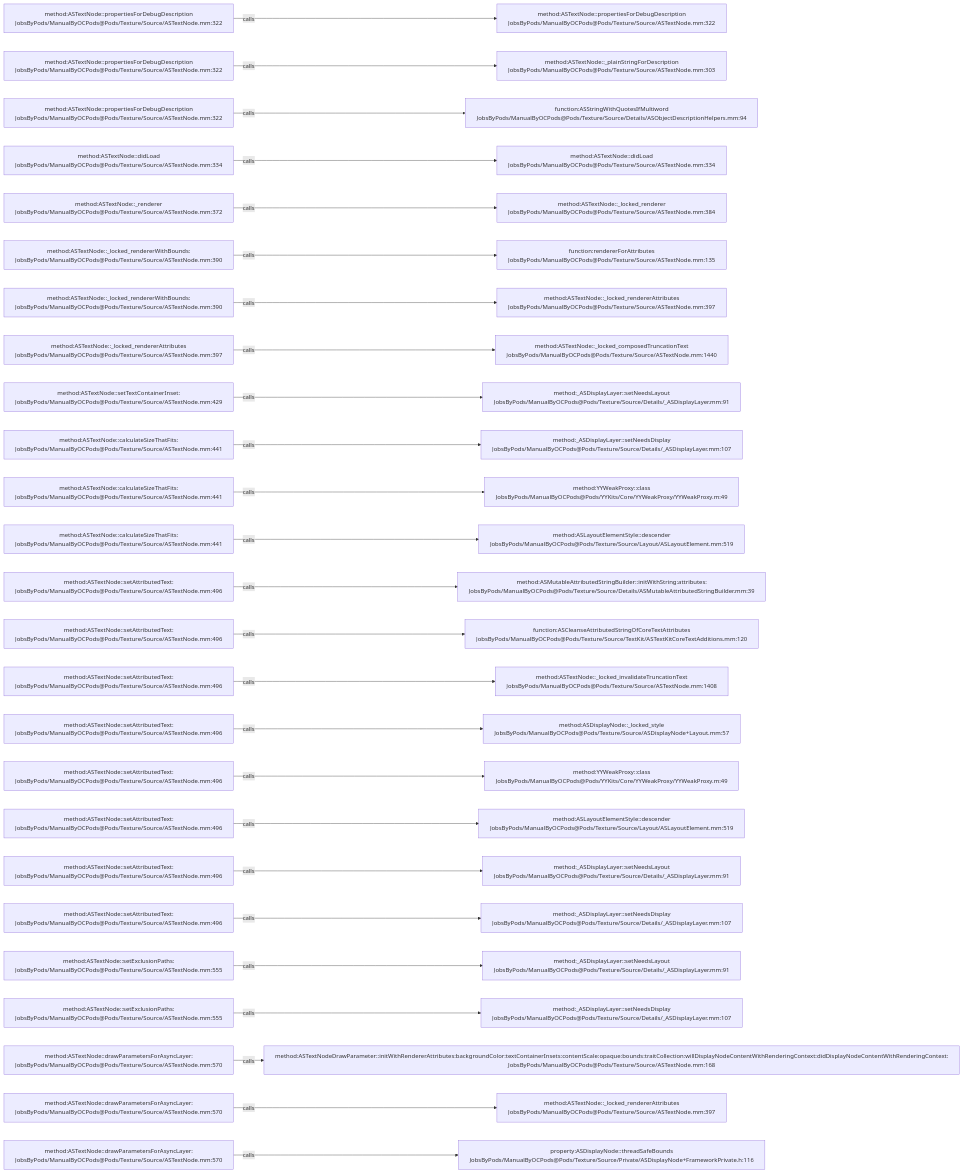
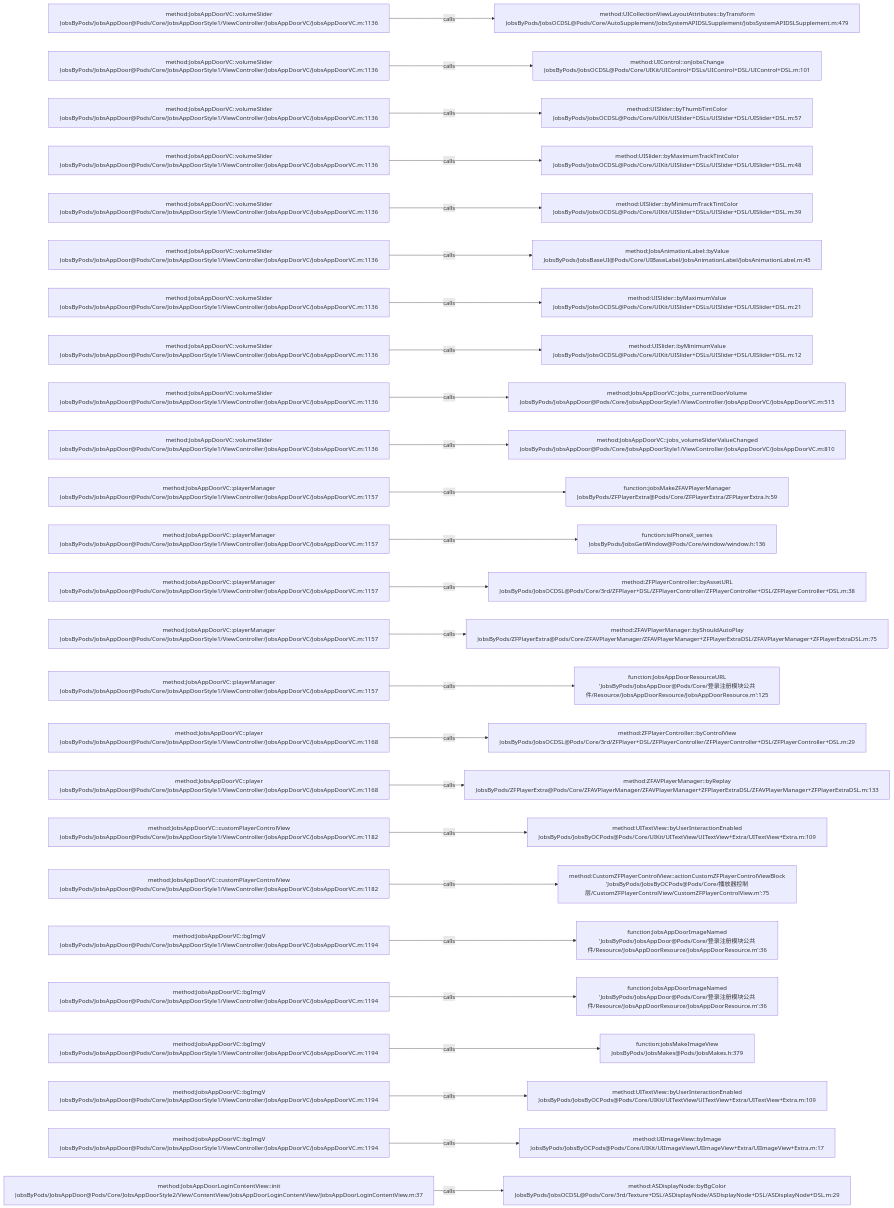
Before and after one commit to JobsKits/JobsOCBaseConfigDemo: the diagram in .codegraph/codegraph.md/graphs/calls-119.md, drawn with Mermaid. The commit also changed 768 other files, not shown here.

````diff
--- a/.codegraph/codegraph.md/graphs/calls-119.md
+++ b/.codegraph/codegraph.md/graphs/calls-119.md
@@ -13,78 +13,78 @@
 ```mermaid
 flowchart LR
-  S1["method:ASTextNode::propertiesForDebugDescription<br/>JobsByPods/ManualByOCPods@Pods/Texture/Source/ASTextNode.mm:322"]
-  T1["method:ASTextNode::propertiesForDebugDescription<br/>JobsByPods/ManualByOCPods@Pods/Texture/Source/ASTextNode.mm:322"]
+  S1["method:JobsAppDoorVC::volumeSlider<br/>JobsByPods/JobsAppDoor@Pods/Core/JobsAppDoorStyle1/ViewController/JobsAppDoorVC/JobsAppDoorVC.m:1136"]
+  T1["method:UICollectionViewLayoutAttributes::byTransform<br/>JobsByPods/JobsOCDSL@Pods/Core/AutoSupplement/JobsSystemAPIDSLSupplement/JobsSystemAPIDSLSupplement.m:479"]
   S1 -->|calls| T1
-  S2["method:ASTextNode::propertiesForDebugDescription<br/>JobsByPods/ManualByOCPods@Pods/Texture/Source/ASTextNode.mm:322"]
-  T2["method:ASTextNode::_plainStringForDescription<br/>JobsByPods/ManualByOCPods@Pods/Texture/Source/ASTextNode.mm:303"]
+  S2["method:JobsAppDoorVC::volumeSlider<br/>JobsByPods/JobsAppDoor@Pods/Core/JobsAppDoorStyle1/ViewController/JobsAppDoorVC/JobsAppDoorVC.m:1136"]
+  T2["method:UIControl::onJobsChange<br/>JobsByPods/JobsOCDSL@Pods/Core/UIKit/UIControl+DSLs/UIControl+DSL/UIControl+DSL.m:101"]
   S2 -->|calls| T2
-  S3["method:ASTextNode::propertiesForDebugDescription<br/>JobsByPods/ManualByOCPods@Pods/Texture/Source/ASTextNode.mm:322"]
-  T3["function:ASStringWithQuotesIfMultiword<br/>JobsByPods/ManualByOCPods@Pods/Texture/Source/Details/ASObjectDescriptionHelpers.mm:94"]
+  S3["method:JobsAppDoorVC::volumeSlider<br/>JobsByPods/JobsAppDoor@Pods/Core/JobsAppDoorStyle1/ViewController/JobsAppDoorVC/JobsAppDoorVC.m:1136"]
+  T3["method:UISlider::byThumbTintColor<br/>JobsByPods/JobsOCDSL@Pods/Core/UIKit/UISlider+DSLs/UISlider+DSL/UISlider+DSL.m:57"]
   S3 -->|calls| T3
-  S4["method:ASTextNode::didLoad<br/>JobsByPods/ManualByOCPods@Pods/Texture/Source/ASTextNode.mm:334"]
-  T4["method:ASTextNode::didLoad<br/>JobsByPods/ManualByOCPods@Pods/Texture/Source/ASTextNode.mm:334"]
+  S4["method:JobsAppDoorVC::volumeSlider<br/>JobsByPods/JobsAppDoor@Pods/Core/JobsAppDoorStyle1/ViewController/JobsAppDoorVC/JobsAppDoorVC.m:1136"]
+  T4["method:UISlider::byMaximumTrackTintColor<br/>JobsByPods/JobsOCDSL@Pods/Core/UIKit/UISlider+DSLs/UISlider+DSL/UISlider+DSL.m:48"]
   S4 -->|calls| T4
-  S5["method:ASTextNode::_renderer<br/>JobsByPods/ManualByOCPods@Pods/Texture/Source/ASTextNode.mm:372"]
-  T5["method:ASTextNode::_locked_renderer<br/>JobsByPods/ManualByOCPods@Pods/Texture/Source/ASTextNode.mm:384"]
+  S5["method:JobsAppDoorVC::volumeSlider<br/>JobsByPods/JobsAppDoor@Pods/Core/JobsAppDoorStyle1/ViewController/JobsAppDoorVC/JobsAppDoorVC.m:1136"]
+  T5["method:UISlider::byMinimumTrackTintColor<br/>JobsByPods/JobsOCDSL@Pods/Core/UIKit/UISlider+DSLs/UISlider+DSL/UISlider+DSL.m:39"]
   S5 -->|calls| T5
-  S6["method:ASTextNode::_locked_rendererWithBounds:<br/>JobsByPods/ManualByOCPods@Pods/Texture/Source/ASTextNode.mm:390"]
-  T6["function:rendererForAttributes<br/>JobsByPods/ManualByOCPods@Pods/Texture/Source/ASTextNode.mm:135"]
+  S6["method:JobsAppDoorVC::volumeSlider<br/>JobsByPods/JobsAppDoor@Pods/Core/JobsAppDoorStyle1/ViewController/JobsAppDoorVC/JobsAppDoorVC.m:1136"]
+  T6["method:JobsAnimationLabel::byValue<br/>JobsByPods/JobsBaseUI@Pods/Core/UIBaseLabel/JobsAnimationLabel/JobsAnimationLabel.m:45"]
   S6 -->|calls| T6
-  S7["method:ASTextNode::_locked_rendererWithBounds:<br/>JobsByPods/ManualByOCPods@Pods/Texture/Source/ASTextNode.mm:390"]
-  T7["method:ASTextNode::_locked_rendererAttributes<br/>JobsByPods/ManualByOCPods@Pods/Texture/Source/ASTextNode.mm:397"]
+  S7["method:JobsAppDoorVC::volumeSlider<br/>JobsByPods/JobsAppDoor@Pods/Core/JobsAppDoorStyle1/ViewController/JobsAppDoorVC/JobsAppDoorVC.m:1136"]
+  T7["method:UISlider::byMaximumValue<br/>JobsByPods/JobsOCDSL@Pods/Core/UIKit/UISlider+DSLs/UISlider+DSL/UISlider+DSL.m:21"]
   S7 -->|calls| T7
-  S8["method:ASTextNode::_locked_rendererAttributes<br/>JobsByPods/ManualByOCPods@Pods/Texture/Source/ASTextNode.mm:397"]
-  T8["method:ASTextNode::_locked_composedTruncationText<br/>JobsByPods/ManualByOCPods@Pods/Texture/Source/ASTextNode.mm:1440"]
+  S8["method:JobsAppDoorVC::volumeSlider<br/>JobsByPods/JobsAppDoor@Pods/Core/JobsAppDoorStyle1/ViewController/JobsAppDoorVC/JobsAppDoorVC.m:1136"]
+  T8["method:UISlider::byMinimumValue<br/>JobsByPods/JobsOCDSL@Pods/Core/UIKit/UISlider+DSLs/UISlider+DSL/UISlider+DSL.m:12"]
   S8 -->|calls| T8
-  S9["method:ASTextNode::setTextContainerInset:<br/>JobsByPods/ManualByOCPods@Pods/Texture/Source/ASTextNode.mm:429"]
-  T9["method:_ASDisplayLayer::setNeedsLayout<br/>JobsByPods/ManualByOCPods@Pods/Texture/Source/Details/_ASDisplayLayer.mm:91"]
+  S9["method:JobsAppDoorVC::volumeSlider<br/>JobsByPods/JobsAppDoor@Pods/Core/JobsAppDoorStyle1/ViewController/JobsAppDoorVC/JobsAppDoorVC.m:1136"]
+  T9["method:JobsAppDoorVC::jobs_currentDoorVolume<br/>JobsByPods/JobsAppDoor@Pods/Core/JobsAppDoorStyle1/ViewController/JobsAppDoorVC/JobsAppDoorVC.m:515"]
   S9 -->|calls| T9
-  S10["method:ASTextNode::calculateSizeThatFits:<br/>JobsByPods/ManualByOCPods@Pods/Texture/Source/ASTextNode.mm:441"]
-  T10["method:_ASDisplayLayer::setNeedsDisplay<br/>JobsByPods/ManualByOCPods@Pods/Texture/Source/Details/_ASDisplayLayer.mm:107"]
+  S10["method:JobsAppDoorVC::volumeSlider<br/>JobsByPods/JobsAppDoor@Pods/Core/JobsAppDoorStyle1/ViewController/JobsAppDoorVC/JobsAppDoorVC.m:1136"]
+  T10["method:JobsAppDoorVC::jobs_volumeSliderValueChanged<br/>JobsByPods/JobsAppDoor@Pods/Core/JobsAppDoorStyle1/ViewController/JobsAppDoorVC/JobsAppDoorVC.m:810"]
   S10 -->|calls| T10
-  S11["method:ASTextNode::calculateSizeThatFits:<br/>JobsByPods/ManualByOCPods@Pods/Texture/Source/ASTextNode.mm:441"]
-  T11["method:YYWeakProxy::class<br/>JobsByPods/ManualByOCPods@Pods/YYKits/Core/YYWeakProxy/YYWeakProxy.m:49"]
+  S11["method:JobsAppDoorVC::playerManager<br/>JobsByPods/JobsAppDoor@Pods/Core/JobsAppDoorStyle1/ViewController/JobsAppDoorVC/JobsAppDoorVC.m:1157"]
+  T11["function:jobsMakeZFAVPlayerManager<br/>JobsByPods/ZFPlayerExtra@Pods/Core/ZFPlayerExtra/ZFPlayerExtra.h:59"]
   S11 -->|calls| T11
-  S12["method:ASTextNode::calculateSizeThatFits:<br/>JobsByPods/ManualByOCPods@Pods/Texture/Source/ASTextNode.mm:441"]
-  T12["method:ASLayoutElementStyle::descender<br/>JobsByPods/ManualByOCPods@Pods/Texture/Source/Layout/ASLayoutElement.mm:519"]
+  S12["method:JobsAppDoorVC::playerManager<br/>JobsByPods/JobsAppDoor@Pods/Core/JobsAppDoorStyle1/ViewController/JobsAppDoorVC/JobsAppDoorVC.m:1157"]
+  T12["function:isiPhoneX_series<br/>JobsByPods/JobsGetWindow@Pods/Core/window/window.h:136"]
   S12 -->|calls| T12
-  S13["method:ASTextNode::setAttributedText:<br/>JobsByPods/ManualByOCPods@Pods/Texture/Source/ASTextNode.mm:496"]
-  T13["method:ASMutableAttributedStringBuilder::initWithString:attributes:<br/>JobsByPods/ManualByOCPods@Pods/Texture/Source/Details/ASMutableAttributedStringBuilder.mm:39"]
+  S13["method:JobsAppDoorVC::playerManager<br/>JobsByPods/JobsAppDoor@Pods/Core/JobsAppDoorStyle1/ViewController/JobsAppDoorVC/JobsAppDoorVC.m:1157"]
+  T13["method:ZFPlayerController::byAssetURL<br/>JobsByPods/JobsOCDSL@Pods/Core/3rd/ZFPlayer+DSL/ZFPlayerController/ZFPlayerController+DSL/ZFPlayerController+DSL.m:38"]
   S13 -->|calls| T13
-  S14["method:ASTextNode::setAttributedText:<br/>JobsByPods/ManualByOCPods@Pods/Texture/Source/ASTextNode.mm:496"]
-  T14["function:ASCleanseAttributedStringOfCoreTextAttributes<br/>JobsByPods/ManualByOCPods@Pods/Texture/Source/TextKit/ASTextKitCoreTextAdditions.mm:120"]
+  S14["method:JobsAppDoorVC::playerManager<br/>JobsByPods/JobsAppDoor@Pods/Core/JobsAppDoorStyle1/ViewController/JobsAppDoorVC/JobsAppDoorVC.m:1157"]
+  T14["method:ZFAVPlayerManager::byShouldAutoPlay<br/>JobsByPods/ZFPlayerExtra@Pods/Core/ZFAVPlayerManager/ZFAVPlayerManager+ZFPlayerExtraDSL/ZFAVPlayerManager+ZFPlayerExtraDSL.m:75"]
   S14 -->|calls| T14
-  S15["method:ASTextNode::setAttributedText:<br/>JobsByPods/ManualByOCPods@Pods/Texture/Source/ASTextNode.mm:496"]
-  T15["method:ASTextNode::_locked_invalidateTruncationText<br/>JobsByPods/ManualByOCPods@Pods/Texture/Source/ASTextNode.mm:1408"]
+  S15["method:JobsAppDoorVC::playerManager<br/>JobsByPods/JobsAppDoor@Pods/Core/JobsAppDoorStyle1/ViewController/JobsAppDoorVC/JobsAppDoorVC.m:1157"]
+  T15["function:JobsAppDoorResourceURL<br/>'JobsByPods/JobsAppDoor@Pods/Core/登录注册模块公共件/Resource/JobsAppDoorResource/JobsAppDoorResource.m':125"]
   S15 -->|calls| T15
-  S16["method:ASTextNode::setAttributedText:<br/>JobsByPods/ManualByOCPods@Pods/Texture/Source/ASTextNode.mm:496"]
-  T16["method:ASDisplayNode::_locked_style<br/>JobsByPods/ManualByOCPods@Pods/Texture/Source/ASDisplayNode+Layout.mm:57"]
+  S16["method:JobsAppDoorVC::player<br/>JobsByPods/JobsAppDoor@Pods/Core/JobsAppDoorStyle1/ViewController/JobsAppDoorVC/JobsAppDoorVC.m:1168"]
+  T16["method:ZFPlayerController::byControlView<br/>JobsByPods/JobsOCDSL@Pods/Core/3rd/ZFPlayer+DSL/ZFPlayerController/ZFPlayerController+DSL/ZFPlayerController+DSL.m:29"]
   S16 -->|calls| T16
-  S17["method:ASTextNode::setAttributedText:<br/>JobsByPods/ManualByOCPods@Pods/Texture/Source/ASTextNode.mm:496"]
-  T17["method:YYWeakProxy::class<br/>JobsByPods/ManualByOCPods@Pods/YYKits/Core/YYWeakProxy/YYWeakProxy.m:49"]
+  S17["method:JobsAppDoorVC::player<br/>JobsByPods/JobsAppDoor@Pods/Core/JobsAppDoorStyle1/ViewController/JobsAppDoorVC/JobsAppDoorVC.m:1168"]
+  T17["method:ZFAVPlayerManager::byReplay<br/>JobsByPods/ZFPlayerExtra@Pods/Core/ZFAVPlayerManager/ZFAVPlayerManager+ZFPlayerExtraDSL/ZFAVPlayerManager+ZFPlayerExtraDSL.m:133"]
   S17 -->|calls| T17
-  S18["method:ASTextNode::setAttributedText:<br/>JobsByPods/ManualByOCPods@Pods/Texture/Source/ASTextNode.mm:496"]
-  T18["method:ASLayoutElementStyle::descender<br/>JobsByPods/ManualByOCPods@Pods/Texture/Source/Layout/ASLayoutElement.mm:519"]
+  S18["method:JobsAppDoorVC::customPlayerControlView<br/>JobsByPods/JobsAppDoor@Pods/Core/JobsAppDoorStyle1/ViewController/JobsAppDoorVC/JobsAppDoorVC.m:1182"]
+  T18["method:UITextView::byUserInteractionEnabled<br/>JobsByPods/JobsByOCPods@Pods/Core/UIKit/UITextView/UITextView+Extra/UITextView+Extra.m:109"]
   S18 -->|calls| T18
-  S19["method:ASTextNode::setAttributedText:<br/>JobsByPods/ManualByOCPods@Pods/Texture/Source/ASTextNode.mm:496"]
-  T19["method:_ASDisplayLayer::setNeedsLayout<br/>JobsByPods/ManualByOCPods@Pods/Texture/Source/Details/_ASDisplayLayer.mm:91"]
+  S19["method:JobsAppDoorVC::customPlayerControlView<br/>JobsByPods/JobsAppDoor@Pods/Core/JobsAppDoorStyle1/ViewController/JobsAppDoorVC/JobsAppDoorVC.m:1182"]
+  T19["method:CustomZFPlayerControlView::actionCustomZFPlayerControlViewBlock<br/>'JobsByPods/JobsByOCPods@Pods/Core/播放器控制层/CustomZFPlayerControlView/CustomZFPlayerControlView.m':75"]
   S19 -->|calls| T19
-  S20["method:ASTextNode::setAttributedText:<br/>JobsByPods/ManualByOCPods@Pods/Texture/Source/ASTextNode.mm:496"]
-  T20["method:_ASDisplayLayer::setNeedsDisplay<br/>JobsByPods/ManualByOCPods@Pods/Texture/Source/Details/_ASDisplayLayer.mm:107"]
+  S20["method:JobsAppDoorVC::bgImgV<br/>JobsByPods/JobsAppDoor@Pods/Core/JobsAppDoorStyle1/ViewController/JobsAppDoorVC/JobsAppDoorVC.m:1194"]
+  T20["function:JobsAppDoorImageNamed<br/>'JobsByPods/JobsAppDoor@Pods/Core/登录注册模块公共件/Resource/JobsAppDoorResource/JobsAppDoorResource.m':36"]
   S20 -->|calls| T20
-  S21["method:ASTextNode::setExclusionPaths:<br/>JobsByPods/ManualByOCPods@Pods/Texture/Source/ASTextNode.mm:555"]
-  T21["method:_ASDisplayLayer::setNeedsLayout<br/>JobsByPods/ManualByOCPods@Pods/Texture/Source/Details/_ASDisplayLayer.mm:91"]
+  S21["method:JobsAppDoorVC::bgImgV<br/>JobsByPods/JobsAppDoor@Pods/Core/JobsAppDoorStyle1/ViewController/JobsAppDoorVC/JobsAppDoorVC.m:1194"]
+  T21["function:JobsAppDoorImageNamed<br/>'JobsByPods/JobsAppDoor@Pods/Core/登录注册模块公共件/Resource/JobsAppDoorResource/JobsAppDoorResource.m':36"]
   S21 -->|calls| T21
-  S22["method:ASTextNode::setExclusionPaths:<br/>JobsByPods/ManualByOCPods@Pods/Texture/Source/ASTextNode.mm:555"]
-  T22["method:_ASDisplayLayer::setNeedsDisplay<br/>JobsByPods/ManualByOCPods@Pods/Texture/Source/Details/_ASDisplayLayer.mm:107"]
+  S22["method:JobsAppDoorVC::bgImgV<br/>JobsByPods/JobsAppDoor@Pods/Core/JobsAppDoorStyle1/ViewController/JobsAppDoorVC/JobsAppDoorVC.m:1194"]
+  T22["function:jobsMakeImageView<br/>JobsByPods/JobsMakes@Pods/JobsMakes.h:379"]
   S22 -->|calls| T22
-  S23["method:ASTextNode::drawParametersForAsyncLayer:<br/>JobsByPods/ManualByOCPods@Pods/Texture/Source/ASTextNode.mm:570"]
-  T23["method:ASTextNodeDrawParameter::initWithRendererAttributes:backgroundColor:textContainerInsets:contentScale:opaque:bounds:traitCollection:willDisplayNodeContentWithRenderingContext:didDisplayNodeContentWithRenderingContext:<br/>JobsByPods/ManualByOCPods@Pods/Texture/Source/ASTextNode.mm:168"]
+  S23["method:JobsAppDoorVC::bgImgV<br/>JobsByPods/JobsAppDoor@Pods/Core/JobsAppDoorStyle1/ViewController/JobsAppDoorVC/JobsAppDoorVC.m:1194"]
+  T23["method:UITextView::byUserInteractionEnabled<br/>JobsByPods/JobsByOCPods@Pods/Core/UIKit/UITextView/UITextView+Extra/UITextView+Extra.m:109"]
   S23 -->|calls| T23
-  S24["method:ASTextNode::drawParametersForAsyncLayer:<br/>JobsByPods/ManualByOCPods@Pods/Texture/Source/ASTextNode.mm:570"]
-  T24["method:ASTextNode::_locked_rendererAttributes<br/>JobsByPods/ManualByOCPods@Pods/Texture/Source/ASTextNode.mm:397"]
+  S24["method:JobsAppDoorVC::bgImgV<br/>JobsByPods/JobsAppDoor@Pods/Core/JobsAppDoorStyle1/ViewController/JobsAppDoorVC/JobsAppDoorVC.m:1194"]
+  T24["method:UIImageView::byImage<br/>JobsByPods/JobsByOCPods@Pods/Core/UIKit/UIImageView/UIImageView+Extra/UIImageView+Extra.m:17"]
   S24 -->|calls| T24
-  S25["method:ASTextNode::drawParametersForAsyncLayer:<br/>JobsByPods/ManualByOCPods@Pods/Texture/Source/ASTextNode.mm:570"]
-  T25["property:ASDisplayNode::threadSafeBounds<br/>JobsByPods/ManualByOCPods@Pods/Texture/Source/Private/ASDisplayNode+FrameworkPrivate.h:116"]
+  S25["method:JobsAppDoorLoginContentView::init<br/>JobsByPods/JobsAppDoor@Pods/Core/JobsAppDoorStyle2/View/ContentView/JobsAppDoorLoginContentView/JobsAppDoorLoginContentView.m:37"]
+  T25["method:ASDisplayNode::byBgColor<br/>JobsByPods/JobsOCDSL@Pods/Core/3rd/Texture+DSL/ASDisplayNode/ASDisplayNode+DSL/ASDisplayNode+DSL.m:29"]
   S25 -->|calls| T25
 ```
````
